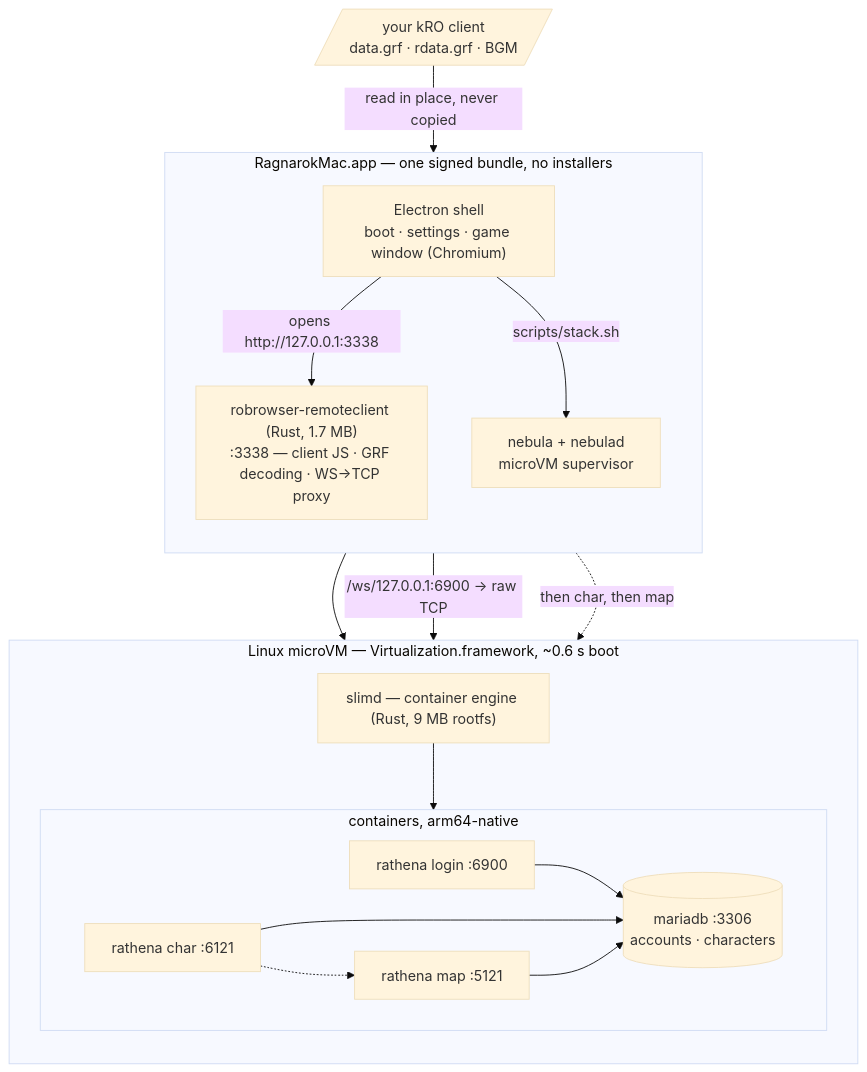
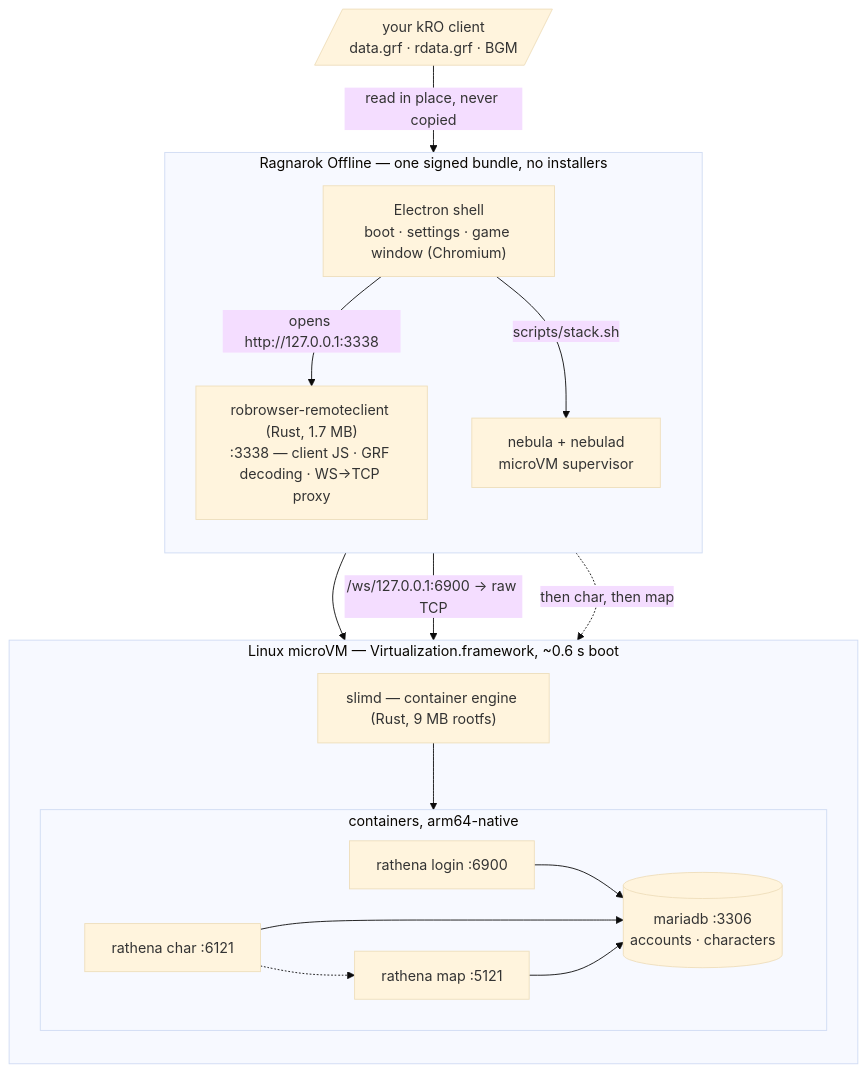
One commit to Flux159/ragnarokoffline.app changed the first of 2 diagrams in README.md. Above: the diagram before and after it, drawn with Mermaid (base theme). The commit also changed other lines of this file, not shown here.

````diff
--- a/README.md
+++ b/README.md
@@ -97,35 +57,35 @@
 ```mermaid
 flowchart TB
-    subgraph APP["RagnarokMac.app  —  one signed bundle, no installers"]
+    subgraph APP["Ragnarok Offline  —  one signed bundle, no installers"]
         direction TB
-        TAURI["Electron shell<br/>boot · settings · game window (Chromium)"]
+        SHELL["Electron shell<br/>boot · settings · game window (Chromium)"]
         ASSETS["robrowser-remoteclient (Rust, 1.7 MB)<br/>:3338 — client JS · GRF decoding · WS→TCP proxy"]
         NEB["nebula + nebulad<br/>microVM supervisor"]
     end
 
     subgraph VM["Linux microVM  —  Virtualization.framework, ~0.6 s boot"]
         direction TB
         SLIMD["slimd — container engine (Rust, 9 MB rootfs)"]
         subgraph C["containers, arm64-native"]
             direction LR
             DB[("mariadb :3306<br/>accounts · characters")]
             LOGIN["rathena login :6900"]
             CHAR["rathena char :6121"]
             MAP["rathena map :5121"]
         end
     end
 
-    TAURI -->|"opens http://127.0.0.1:3338"| ASSETS
-    TAURI -->|"scripts/stack.sh"| NEB
+    SHELL -->|"opens http://127.0.0.1:3338"| ASSETS
+    SHELL -->|"scripts/stack.sh"| NEB
     NEB --> SLIMD
     SLIMD --> C
     ASSETS -->|"/ws/127.0.0.1:6900 → raw TCP"| LOGIN
     ASSETS -.->|"then char, then map"| CHAR
     CHAR -.-> MAP
     LOGIN --> DB
     CHAR --> DB
     MAP --> DB
 
     GRF[/"your kRO client<br/>data.grf · rdata.grf · BGM"/]
     GRF -->|"read in place, never copied"| ASSETS
 ```
````
